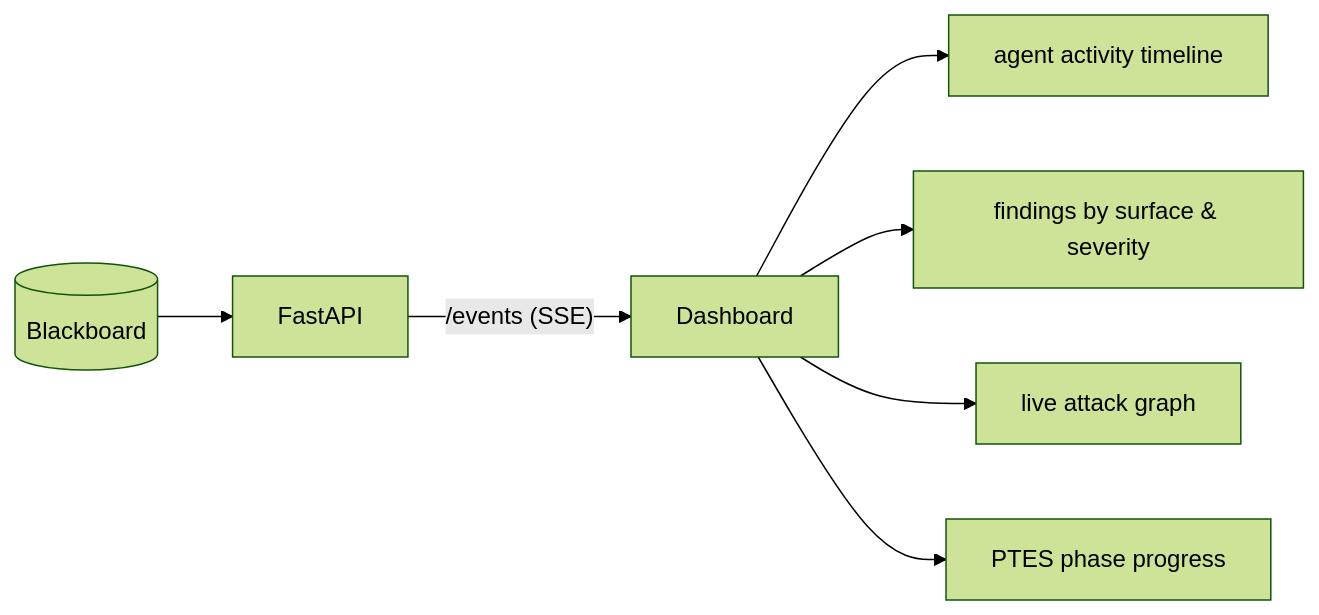
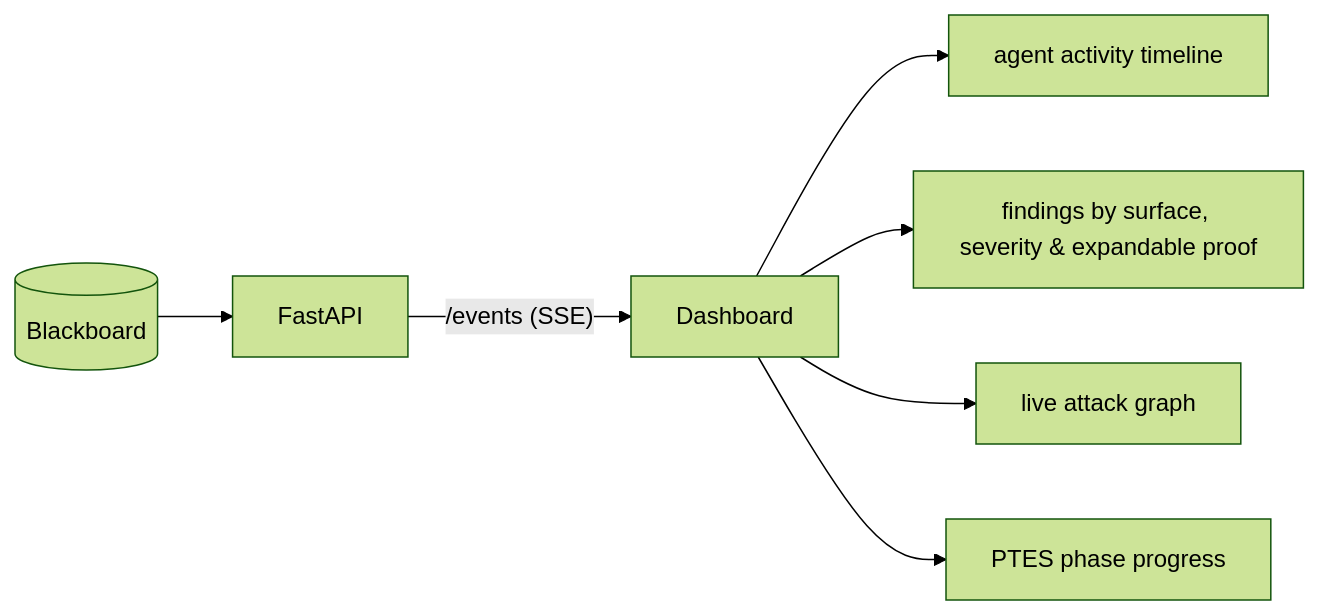
The tenth of 10 diagrams in README.md (hrdk6/Mitigata-Hackathon), drawn with Mermaid (forest theme) before and after one commit. The commit also changed other lines of this file and 4 other files, not shown here.

````diff
--- a/README.md
+++ b/README.md
@@ -794,9 +802,9 @@
 ```mermaid
 flowchart LR
     BB[("Blackboard")] --> API["FastAPI"]
     API -->|"/events (SSE)"| DASH["Dashboard"]
     DASH --> V1["agent activity timeline"]
-    DASH --> V2["findings by surface & severity"]
+    DASH --> V2["findings by surface, severity & expandable proof"]
     DASH --> V3["live attack graph"]
     DASH --> V4["PTES phase progress"]
 ```
````
